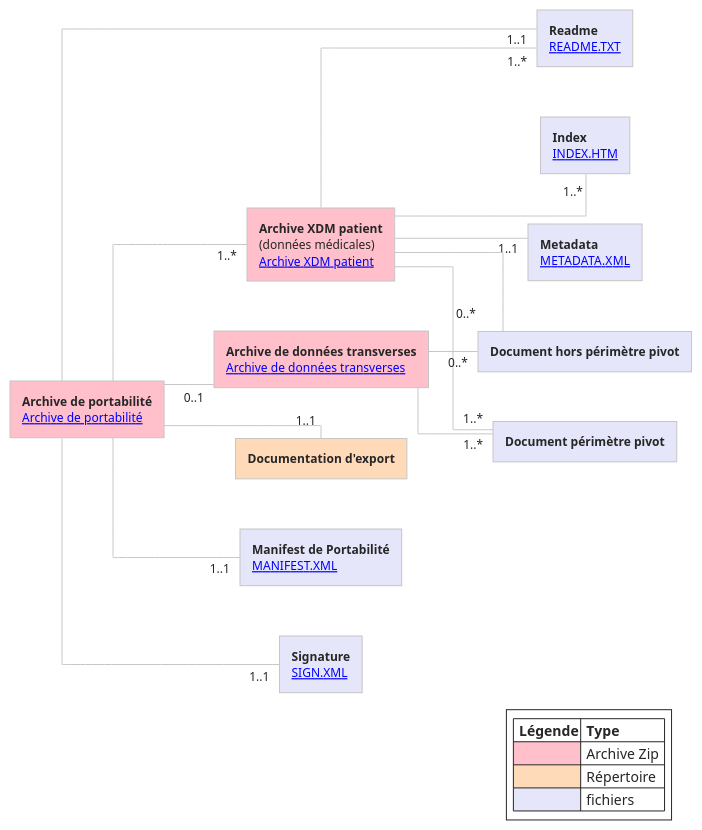
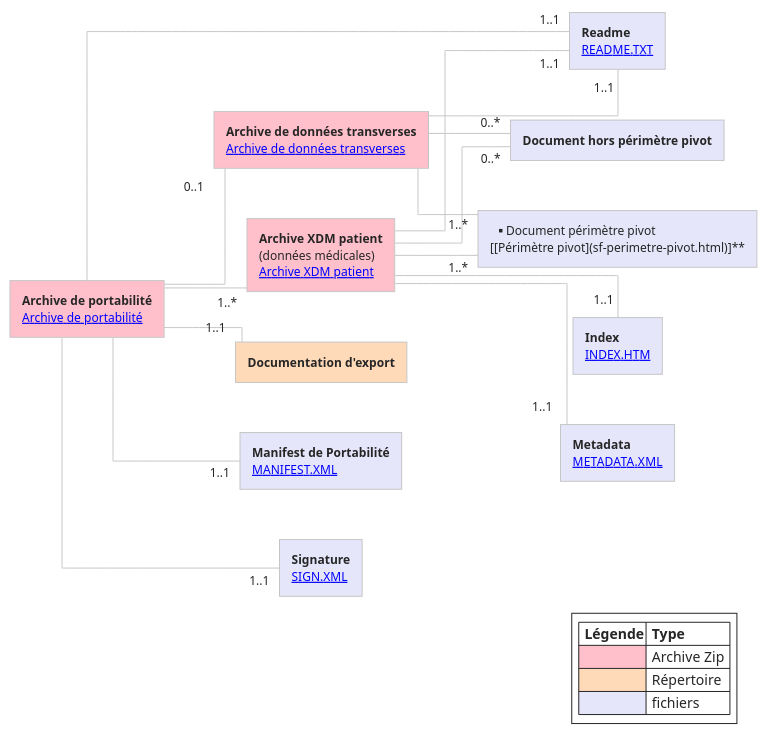
One commit to ansforge/interop-ig-portabilite changed the diagram in input/images-source/sf-concepts-portabilite.plantuml. Above: the diagram before and after it, drawn with PlantUML. The commit also changed 5 other files, not shown here.

```diff
--- a/input/images-source/sf-concepts-portabilite.plantuml
+++ b/input/images-source/sf-concepts-portabilite.plantuml
@@ -1,54 +1,55 @@
 @startuml sf-concepts-portabilite
 !theme carbon-gray
 skinparam classAttributeIconSize 0
 skinparam classAttributeFontSize 10
 skinparam padding 2
 skinparam noteFontSize 11
 left to right direction
 skinparam ranksep 50
 skinparam nodesep 50
 skinparam linetype ortho
 
 ''Archives ZIP''
 rectangle "**Archive de portabilité**\n[[StructureDefinition-pdlgc-archive-portabilite Archive de portabilité]]" as export #Pink
 rectangle "**Archive XDM patient**\n(données médicales)\n[[StructureDefinition-pdlgc-archive-patient Archive XDM patient]]" as archivepat #Pink
 rectangle "**Archive de données transverses**\n[[StructureDefinition-pdlgc-archive-transverse Archive de données transverses]]" as transverse #Pink
 
 ''Répertoire
 rectangle "**Documentation d'export**" as doc #PeachPuff
 
 ''Fichiers''
 rectangle "**Manifest de Portabilité**\n[[StructureDefinition-pdlgc-manifest MANIFEST.XML]]" as manifest #Lavender
 rectangle "**Readme**\n[[StructureDefinition-pdlgc-readme README.TXT]]" as readme #Lavender
 rectangle "**Signature**\n[[StructureDefinition-pdlgc-signature SIGN.XML]]" as signature #Lavender
 rectangle "**Metadata**\n[[StructureDefinition-pdlgc-metadata METADATA.XML]]" as metadata #Lavender
 rectangle "**Index**\n[[StructureDefinition-pdlgc-index INDEX.HTM]]" as index #Lavender
-rectangle "**Document périmètre pivot**" as pivot #Lavender
+rectangle "**Document périmètre pivot\n[[Périmètre pivot](sf-perimetre-pivot.html)]**" as pivot #Lavender
 rectangle "**Document hors périmètre pivot**" as horspivot #Lavender
 
 
 ''Liens''
 export -- "1..1" manifest
 export -- "1..1" readme
 export -- "1..1" signature
 export -- "1..*" archivepat
 export -- "0..1" transverse
 export -- "1..1" doc
 archivepat -- "1..1" metadata
 archivepat -- "1..*" pivot
 archivepat -- "0..*" horspivot
-archivepat -- "1..*" readme
-archivepat -- "1..*" index
+archivepat -- "1..1" readme
+archivepat -- "1..1" index
 transverse -- "1..*" pivot
 transverse -- "0..*" horspivot
+transverse -- "1..1" readme
 
 
 ''Légende''
 legend right
 |= Légende|= Type|
 |<#Pink>| Archive Zip |
 |<#PeachPuff>| Répertoire |
 |<#Lavender>| fichiers |
 endlegend
 
 @enduml
```
